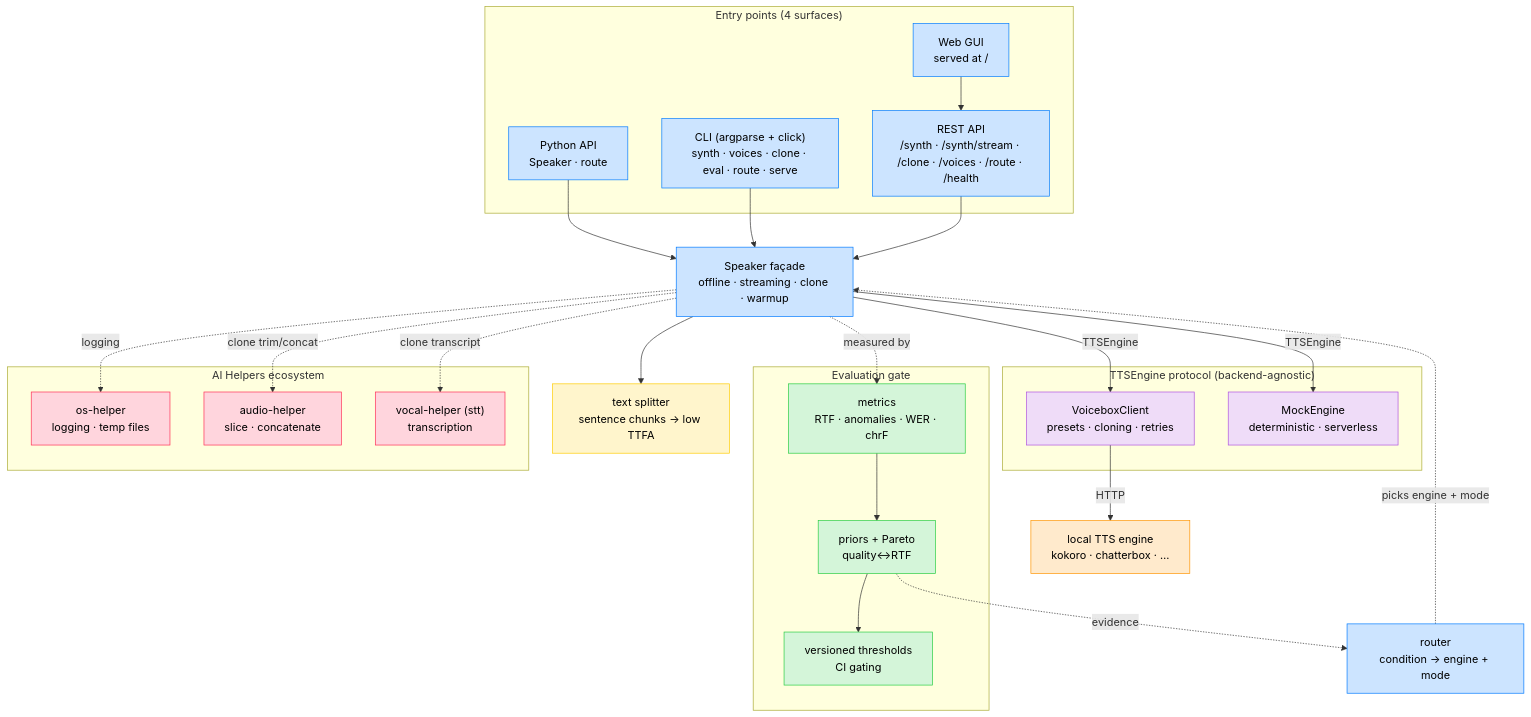
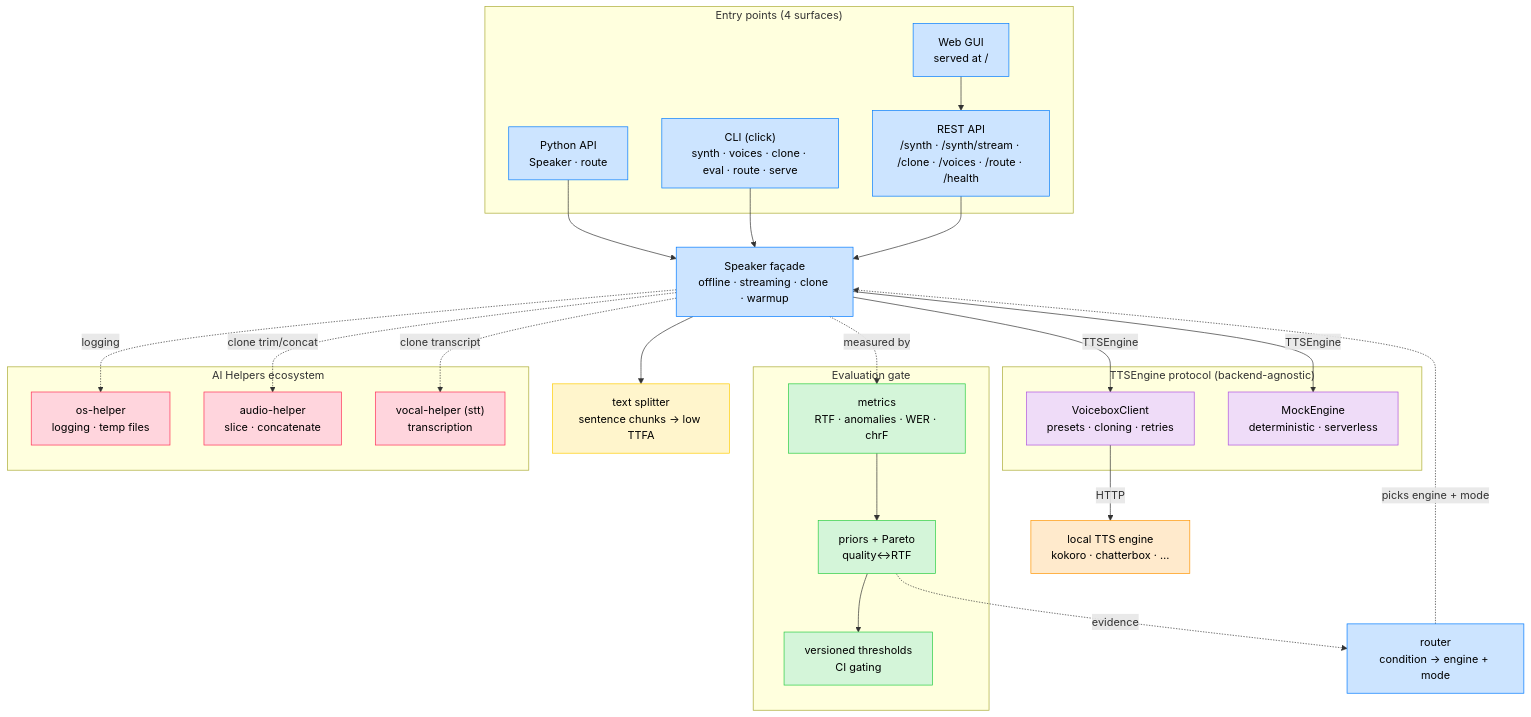
One commit to warith-harchaoui/speaker-helper changed the first of 2 diagrams in TECHNICAL_STACK.md. Above: the diagram before and after it, drawn with Mermaid. The commit also changed other lines of this file and 23 other files, not shown here.

````diff
--- a/TECHNICAL_STACK.md
+++ b/TECHNICAL_STACK.md
@@ -10,55 +10,55 @@
 ```mermaid
 flowchart TB
     subgraph clients["Entry points (4 surfaces)"]
         lib["Python API<br/>Speaker · route"]:::core
-        cli["CLI (argparse + click)<br/>synth · voices · clone · eval · route · serve"]:::core
+        cli["CLI (click)<br/>synth · voices · clone · eval · route · serve"]:::core
         api["REST API<br/>/synth · /synth/stream · /clone · /voices · /route · /health"]:::core
         gui["Web GUI<br/>served at /"]:::core
     end
 
     speaker["Speaker façade<br/>offline · streaming · clone · warmup"]:::core
     router["router<br/>condition → engine + mode"]:::core
     text["text splitter<br/>sentence chunks → low TTFA"]:::util
 
     subgraph engines["TTSEngine protocol (backend-agnostic)"]
         voicebox["VoiceboxClient<br/>presets · cloning · retries"]:::engine
         mock["MockEngine<br/>deterministic · serverless"]:::engine
     end
 
     subgraph evallayer["Evaluation gate"]
         metrics["metrics<br/>RTF · anomalies · WER · chrF"]:::eval
         priors["priors + Pareto<br/>quality↔RTF"]:::eval
         thresholds["versioned thresholds<br/>CI gating"]:::eval
     end
 
     subgraph ecosystem["AI Helpers ecosystem"]
         osh["os-helper<br/>logging · temp files"]:::eco
         ah["audio-helper<br/>slice · concatenate"]:::eco
         vh["vocal-helper (stt)<br/>transcription"]:::eco
     end
 
     engine["local TTS engine<br/>kokoro · chatterbox · …"]:::ext
 
     lib --> speaker
     cli --> speaker
     api --> speaker
     gui --> api
     speaker --> text
     router -.->|picks engine + mode| speaker
     speaker -- "TTSEngine" --> voicebox
     speaker -- "TTSEngine" --> mock
     voicebox -->|HTTP| engine
     speaker -.->|measured by| metrics
     metrics --> priors --> thresholds
     priors -.->|evidence| router
     speaker -.->|logging| osh
     speaker -.->|clone trim/concat| ah
     speaker -.->|clone transcript| vh
 
     classDef core fill:#CCE4FF,stroke:#007AFF,color:#000000
     classDef util fill:#FFF5CC,stroke:#FFCC00,color:#000000
     classDef engine fill:#EFDCF8,stroke:#AF52DE,color:#000000
     classDef eval fill:#D4F5D9,stroke:#28CD41,color:#000000
     classDef eco fill:#FFD5DD,stroke:#FF2D55,color:#000000
     classDef ext fill:#FFEACC,stroke:#FF9500,color:#000000
 ```
````
